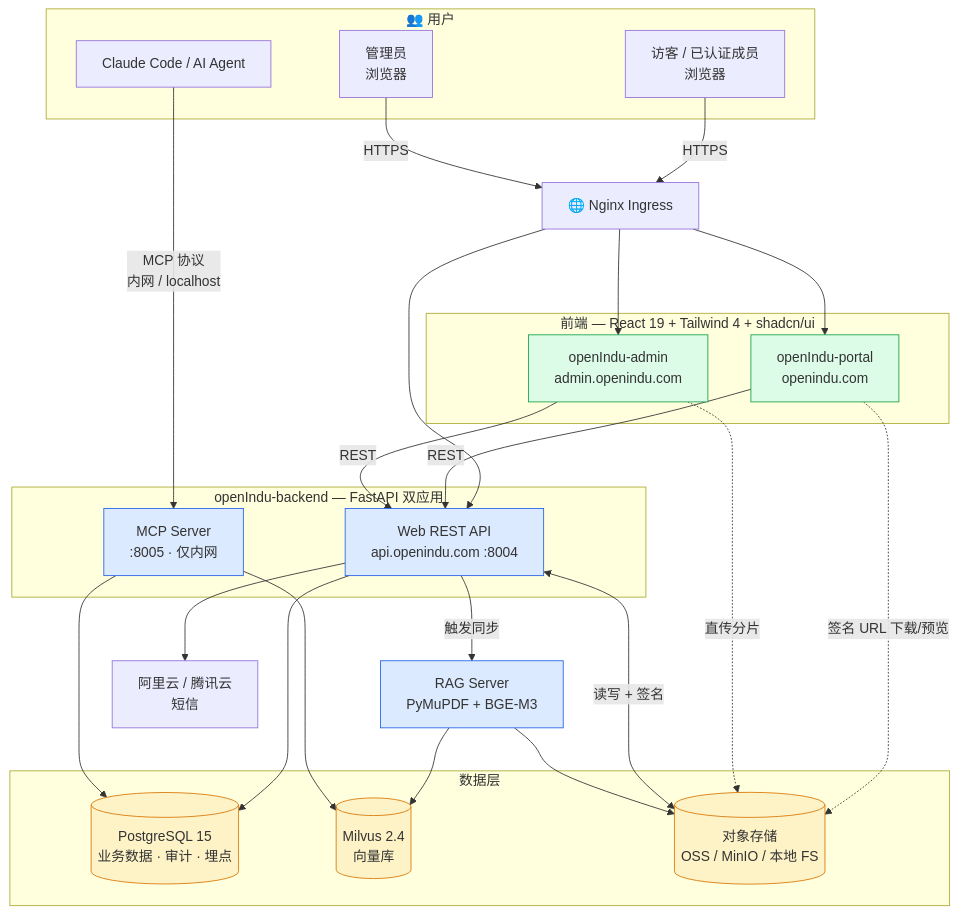
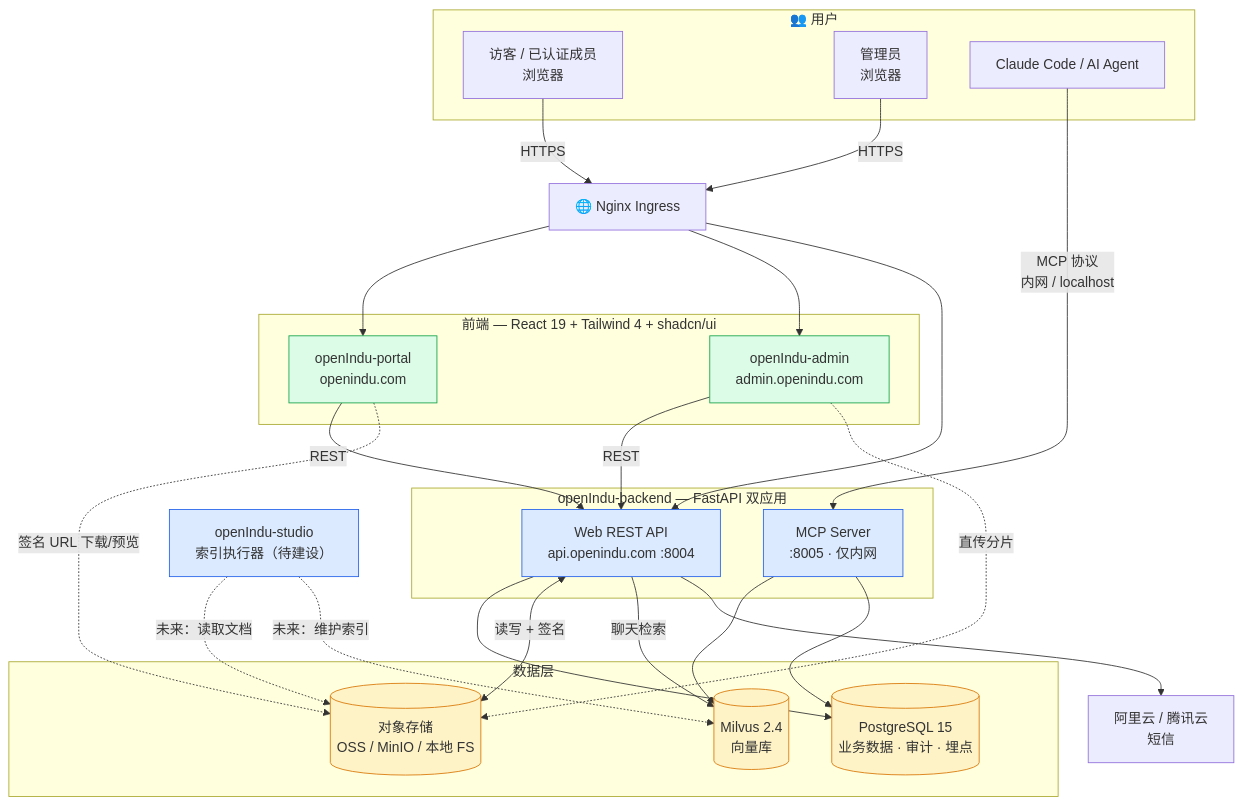
The diagram in README_ZH.md (openIndu/openIndu-website), drawn with Mermaid before and after one commit. The commit also changed other lines of this file and 5 other files, not shown here.

````diff
--- a/README_ZH.md
+++ b/README_ZH.md
@@ -27,59 +27,59 @@
 ```mermaid
 graph TB
     subgraph Users["👥 用户"]
         U1["访客 / 已认证成员<br/>浏览器"]
         U2["管理员<br/>浏览器"]
         U3["Claude Code / AI Agent"]
     end
 
     ING["🌐 Nginx Ingress"]
 
     subgraph Frontend["前端 — React 19 + Tailwind 4 + shadcn/ui"]
         P["openIndu-portal<br/>openindu.com"]
         A["openIndu-admin<br/>admin.openindu.com"]
     end
 
     subgraph Backend["openIndu-backend — FastAPI 双应用"]
         W["Web REST API<br/>api.openindu.com :8004"]
         M["MCP Server<br/>:8005 · 仅内网"]
     end
 
     subgraph Data["数据层"]
         PG[("PostgreSQL 15<br/>业务数据 · 审计 · 埋点")]
         ML[("Milvus 2.4<br/>向量库")]
         OSS[("对象存储<br/>OSS / MinIO / 本地 FS")]
     end
 
-    RAG["RAG Server<br/>PyMuPDF + BGE-M3"]
+    STUDIO["openIndu-studio<br/>索引执行器（待建设）"]
     SMS["阿里云 / 腾讯云<br/>短信"]
 
     U1 -->|HTTPS| ING
     U2 -->|HTTPS| ING
     ING --> P
     ING --> A
     ING --> W
 
     P -->|REST| W
     A -->|REST| W
     P -. "签名 URL 下载/预览" .-> OSS
     A -. "直传分片" .-> OSS
 
     W --> PG
     W <-->|读写 + 签名| OSS
-    W -->|触发同步| RAG
+    W -->|聊天检索| ML
     W --> SMS
 
-    RAG --> OSS
-    RAG --> ML
+    STUDIO -. "未来：读取文档" .-> OSS
+    STUDIO -. "未来：维护索引" .-> ML
 
     M --> ML
     M --> PG
     U3 -->|MCP 协议<br/>内网 / localhost| M
 
     classDef storage fill:#fef3c7,stroke:#d97706
     classDef backend fill:#dbeafe,stroke:#2563eb
     classDef frontend fill:#dcfce7,stroke:#16a34a
     class PG,ML,OSS storage
-    class W,M,RAG backend
+    class W,M,STUDIO backend
     class P,A frontend
 ```
````
